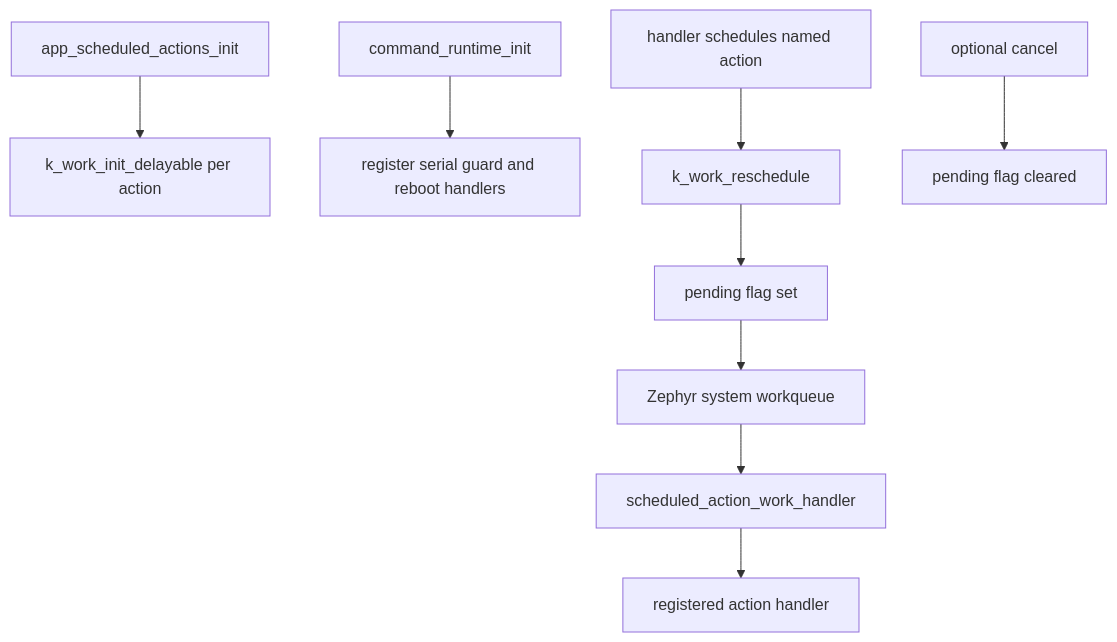
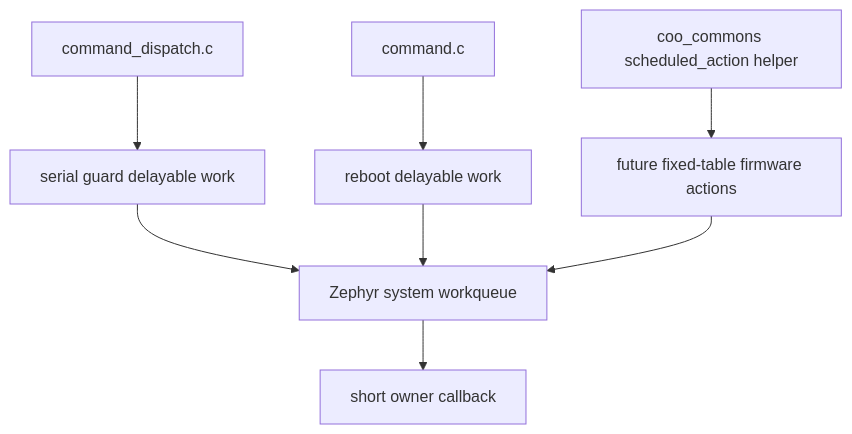
Before and after one commit to COO-Utilities/hispec-tib: the ninth of 22 diagrams in doc/diagrams.md, drawn with Mermaid. The commit also changed other lines of this file and 6 other files, not shown here.

Commit message:
Update command dispatch documentation

````diff
--- a/doc/diagrams.md
+++ b/doc/diagrams.md
@@ -176,11 +176,10 @@
 ```mermaid
 flowchart TD
-  Init[app_scheduled_actions_init] --> Work[k_work_init_delayable per action]
-  Register[command_runtime_init] --> Handlers[register serial guard and reboot handlers]
-  Schedule[handler schedules named action] --> Resched[k_work_reschedule]
-  Resched --> Pending[pending flag set]
-  Pending --> SysQ[Zephyr system workqueue]
-  SysQ --> Callback[scheduled_action_work_handler]
-  Callback --> Domain[registered action handler]
-  Cancel[optional cancel] --> Clear[pending flag cleared]
+  Dispatch[command_dispatch.c] --> Guard[serial guard delayable work]
+  Command[command.c] --> Reboot[reboot delayable work]
+  Commons[coo_commons scheduled_action helper] --> Future[future fixed-table firmware actions]
+  Guard --> SysQ[Zephyr system workqueue]
+  Reboot --> SysQ
+  Future --> SysQ
+  SysQ --> Expire[short owner callback]
 ```
````
